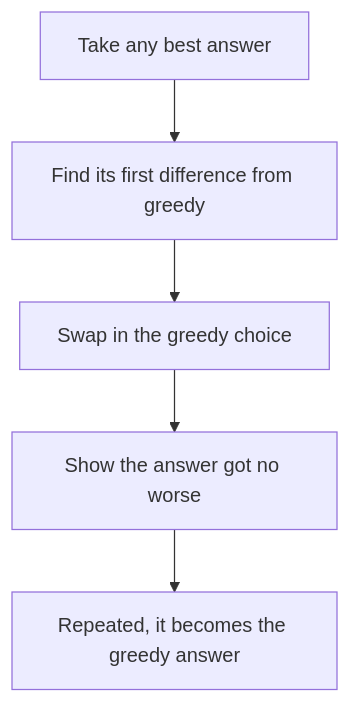
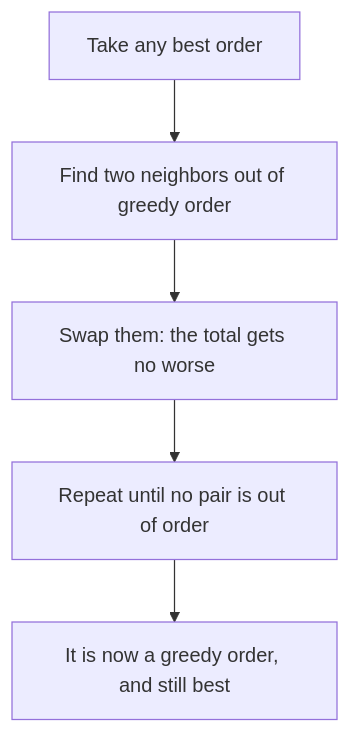
The second of 2 diagrams in guides/greedy-choices/guide.md (bkuberek/coding-study), drawn with Mermaid before and after one commit. The commit also changed other lines of this file and 4 other files, not shown here.

````diff
--- a/guides/greedy-choices/guide.md
+++ b/guides/greedy-choices/guide.md
@@ -132,9 +132,9 @@
 ```mermaid
 flowchart TD
   accTitle: The exchange argument
-  accDescr: Start from any best answer. Find the first place where it differs from the greedy answer. Swap in the greedy choice and show the answer got no worse. Repeating this turns the best answer into the greedy one, so the greedy answer is best too.
-  a["Take any best answer"] --> b["Find its first difference from greedy"]
-  b --> c["Swap in the greedy choice"]
-  c --> d["Show the answer got no worse"]
-  d --> e["Repeated, it becomes the greedy answer"]
+  accDescr: Start from any best order. Find two neighbors that are out of the greedy order and swap them, which leaves the total no worse. Each swap fixes one pair, so repeating it ends in the greedy order, which is therefore best too.
+  a["Take any best order"] --> b["Find two neighbors out of greedy order"]
+  b --> c["Swap them: the total gets no worse"]
+  c --> d["Repeat until no pair is out of order"]
+  d --> e["It is now a greedy order, and still best"]
 ```
````
